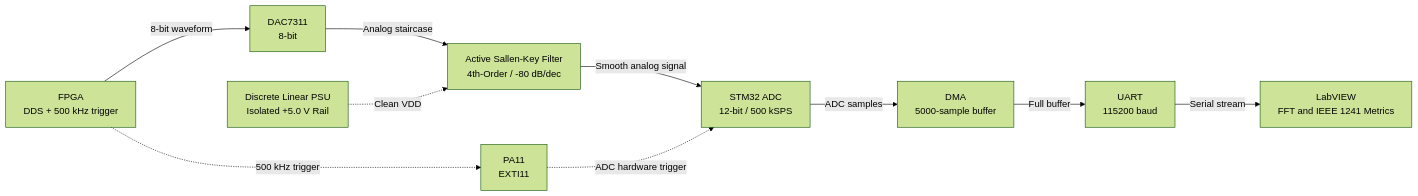
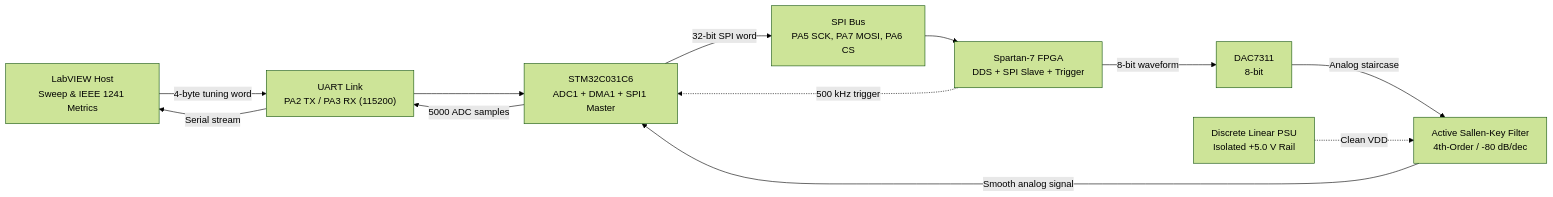
The diagram in README.md (gulotmg/fpga-mcu-dac-adc-conversion-pipeline), drawn with Mermaid (forest theme) before and after one commit. The commit also changed other lines of this file and 30 other files, not shown here.

Commit message:
feat(pipeline): automated frequency sweep via host UART to FPGA SPI bridge and updated documentation

````diff
--- a/README.md
+++ b/README.md
@@ -43,23 +51,23 @@
 ```mermaid
 flowchart LR
-    FPGA["FPGA<br/>DDS + 500 kHz trigger"]
+    LABVIEW["LabVIEW Host<br/>Sweep & IEEE 1241 Metrics"]
+    UART["UART Link<br/>PA2 TX / PA3 RX (115200)"]
+    MCU["STM32C031C6<br/>ADC1 + DMA1 + SPI1 Master"]
+    SPI["SPI Bus<br/>PA5 SCK, PA7 MOSI, PA6 CS"]
+    FPGA["Spartan-7 FPGA<br/>DDS + SPI Slave + Trigger"]
     DAC["DAC7311<br/>8-bit"]
     FILTER["Active Sallen-Key Filter<br/>4th-Order / -80 dB/dec"]
     PSU["Discrete Linear PSU<br/>Isolated +5.0 V Rail"]
-    ADC["STM32 ADC<br/>12-bit / 500 kSPS"]
-    DMA["DMA<br/>5000-sample buffer"]
-    UART["UART<br/>115200 baud"]
-    LABVIEW["LabVIEW<br/>FFT and IEEE 1241 Metrics"]
-    EXTI["PA11<br/>EXTI11"]
 
+    LABVIEW -->|4-byte tuning word| UART
+    UART --> MCU
+    MCU -->|32-bit SPI word| SPI
+    SPI --> FPGA
     FPGA -->|8-bit waveform| DAC
+    FPGA -.->|500 kHz trigger| MCU
     DAC -->|Analog staircase| FILTER
     PSU -.->|Clean VDD| FILTER
-    FILTER -->|Smooth analog signal| ADC
-    ADC -->|ADC samples| DMA
-    DMA -->|Full buffer| UART
+    FILTER -->|Smooth analog signal| MCU
+    MCU -->|5000 ADC samples| UART
     UART -->|Serial stream| LABVIEW
-
-    FPGA -.->|500 kHz trigger| EXTI
-    EXTI -.->|ADC hardware trigger| ADC
 ```
````
